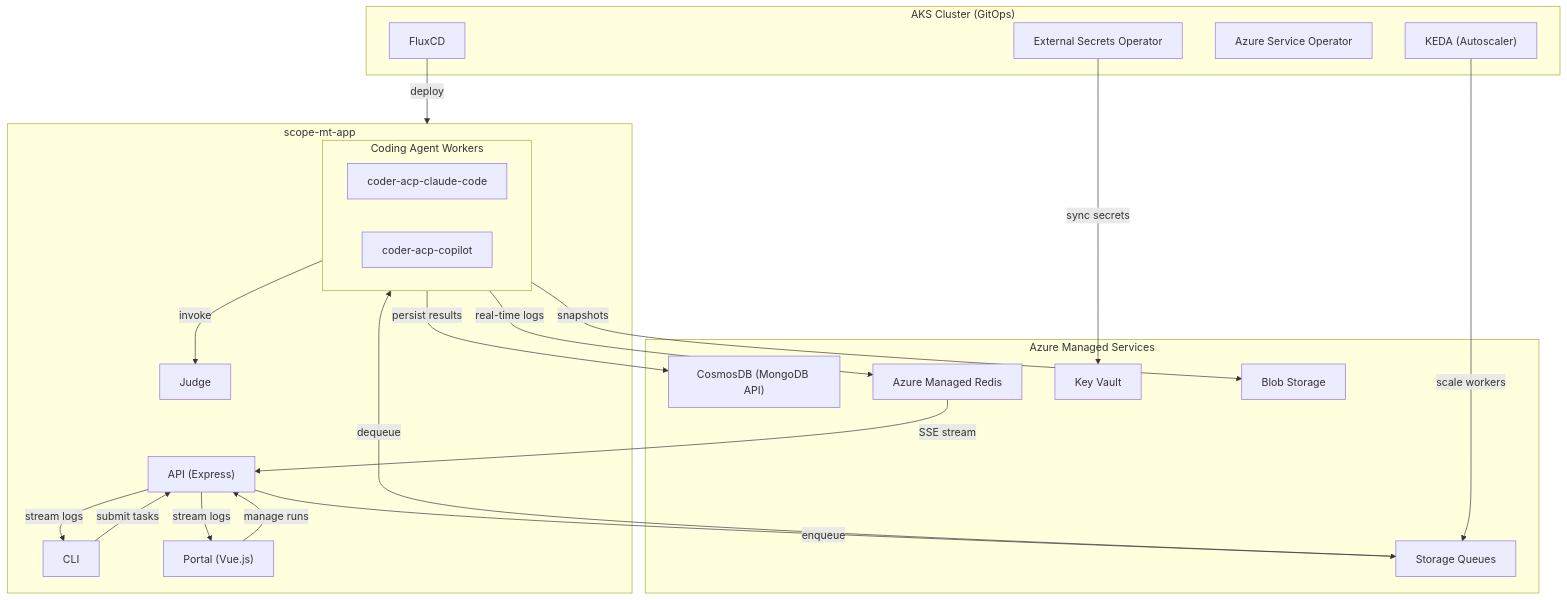
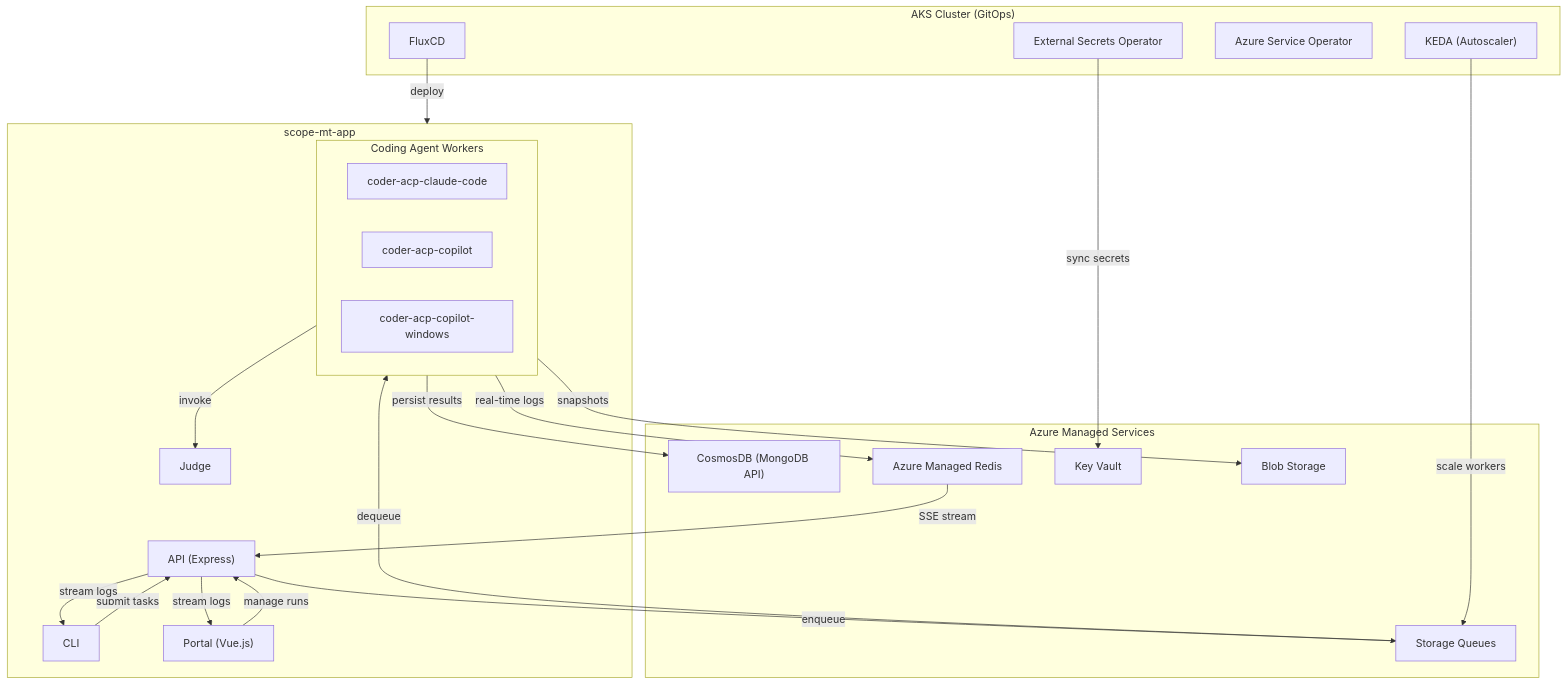
One commit to Gile987/scope changed the diagram in docs/architecture/overview.md. Above: the diagram before and after it, drawn with Mermaid. The commit also changed other lines of this file and 1 other file, not shown here.

Commit message:
docs: document coder-acp-copilot-windows worker

````diff
--- a/docs/architecture/overview.md
+++ b/docs/architecture/overview.md
@@ -9,43 +9,44 @@
 ```mermaid
 flowchart TB
     subgraph App["scope-mt-app"]
         CLI["CLI"]
         Portal["Portal (Vue.js)"]
         API["API (Express)"]
         Judge["Judge"]
         subgraph Workers["Coding Agent Workers"]
             Claude["coder-acp-claude-code"]
             Copilot["coder-acp-copilot"]
+            CopilotWin["coder-acp-copilot-windows"]
         end
     end
 
     subgraph Azure["Azure Managed Services"]
         Queues["Storage Queues"]
         CosmosDB["CosmosDB (MongoDB API)"]
         Redis["Azure Managed Redis"]
         KV["Key Vault"]
         Blob["Blob Storage"]
     end
 
     subgraph AKS["AKS Cluster (GitOps)"]
         Flux["FluxCD"]
         ESO["External Secrets Operator"]
         ASO["Azure Service Operator"]
         KEDA["KEDA (Autoscaler)"]
     end
 
     CLI -->|submit tasks| API
     Portal -->|manage runs| API
     API -->|enqueue| Queues
     Queues -->|dequeue| Workers
     Workers -->|persist results| CosmosDB
     Workers -->|snapshots| Blob
     Workers -->|real-time logs| Redis
     Workers -->|invoke| Judge
     Redis -->|SSE stream| API
     API -->|stream logs| CLI
     API -->|stream logs| Portal
     ESO -->|sync secrets| KV
     KEDA -->|scale workers| Queues
     Flux -->|deploy| App
 ```
````
